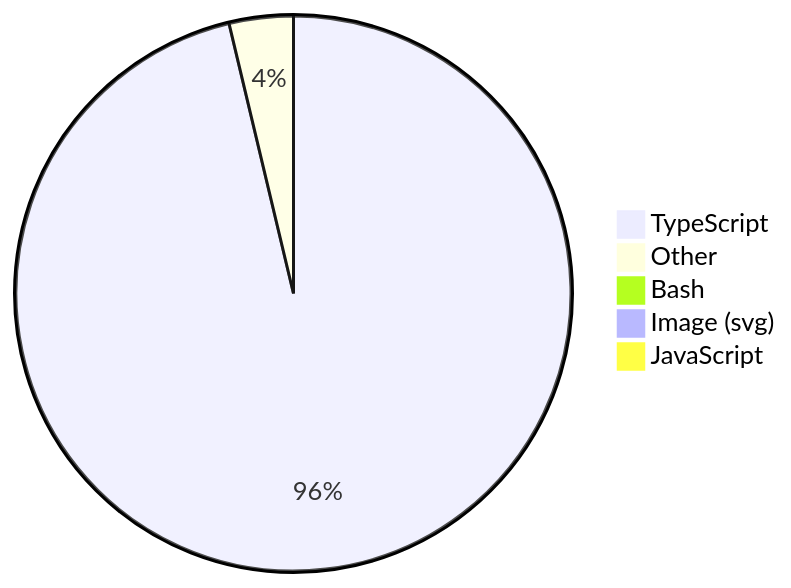
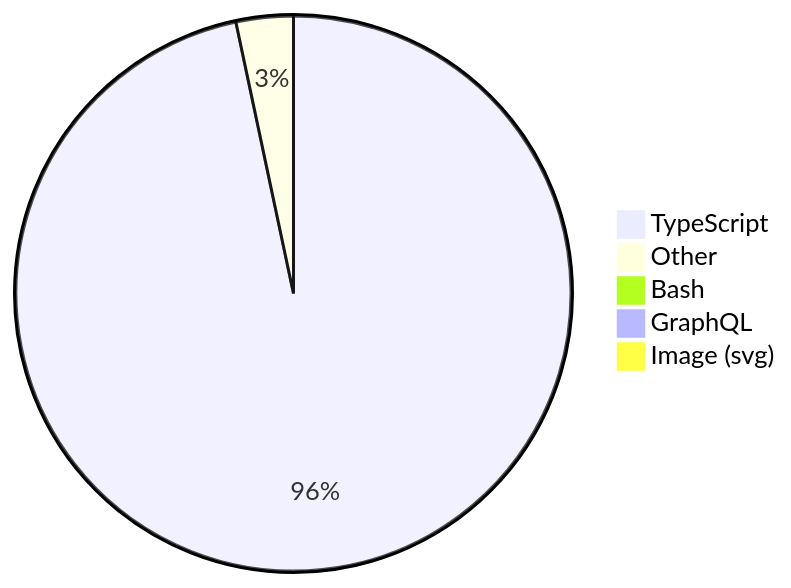
One commit to skvggor/skvggor changed the diagram in README.md. Above: the diagram before and after it, drawn with Mermaid.

Commit message:
Updated waka-readme graph with new metrics

````diff
--- a/README.md
+++ b/README.md
@@ -16,8 +16,8 @@
 ```mermaid
 pie
-    "TypeScript" : 95.5
-    "Other" : 3.7
-    "Bash" : 0.8
+    "TypeScript" : 95.8
+    "Other" : 3.3
+    "Bash" : 0.6
+    "GraphQL" : 0.3
     "Image (svg)" : 0.0
-    "JavaScript" : 0.0
 ```
````
